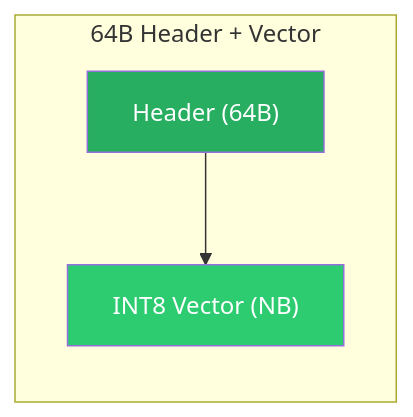
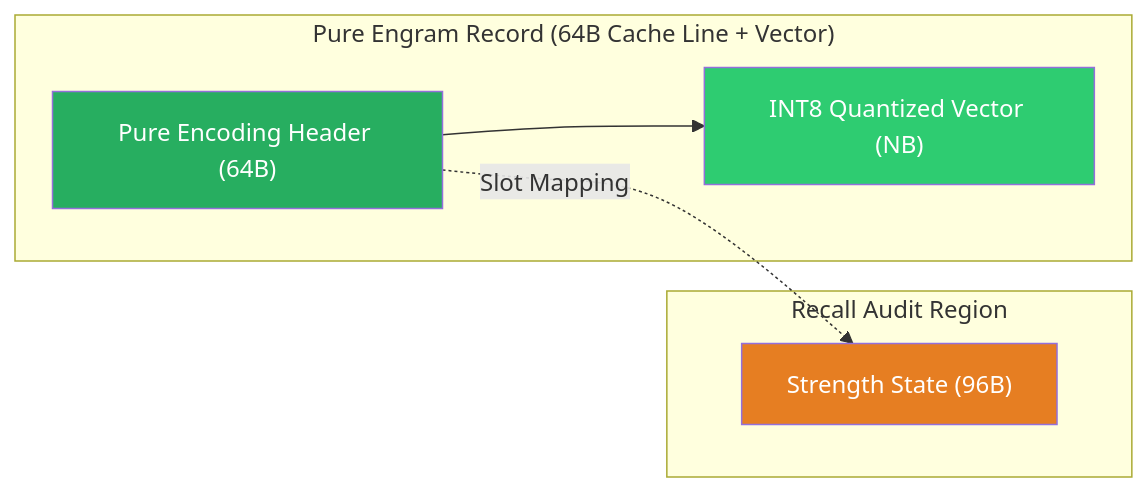
Before and after one commit to spectrayan/spector: the fourth of 5 diagrams in docs/docs/memory/panama-design.md, drawn with Mermaid. The commit also changed other lines of this file and 15 other files, not shown here.

````diff
--- a/docs/docs/memory/panama-design.md
+++ b/docs/docs/memory/panama-design.md
@@ -156,9 +132,14 @@
 ```mermaid
 graph LR
-    subgraph "64B Header + Vector"
-        H["Header (64B)"] --> V["INT8 Vector (NB)"]
+    subgraph "Pure Engram Record (64B Cache Line + Vector)"
+        H["Pure Encoding Header (64B)"] --> V["INT8 Quantized Vector (NB)"]
     end
+    subgraph "Recall Audit Region"
+        S["Strength State (96B)"]
+    end
+    H -.->|Slot Mapping| S
 
     style H fill:#27ae60,color:white
     style V fill:#2ecc71,color:white
+    style S fill:#e67e22,color:white
 ```
````
